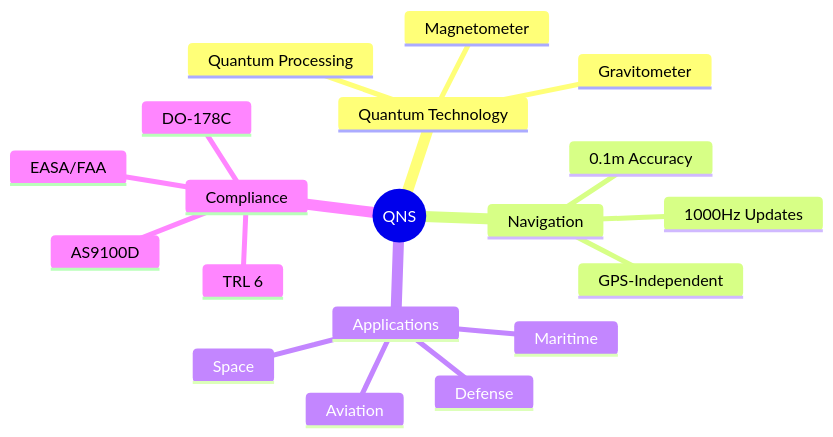
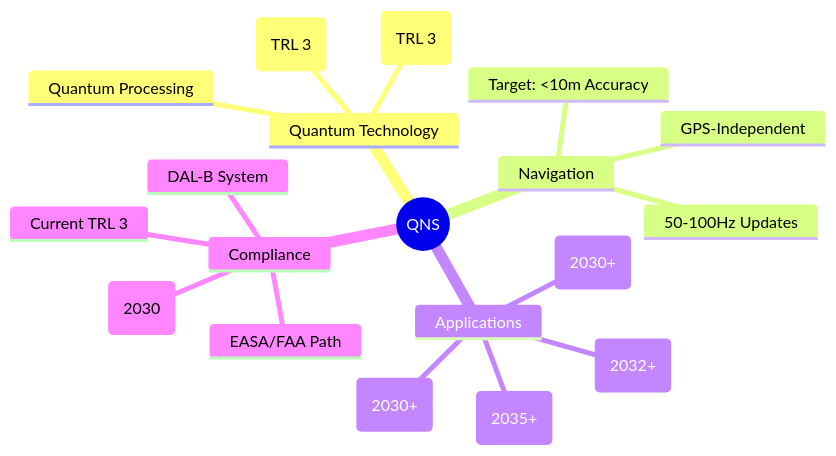
One commit to Robbbo-T/A-Q-U-A_V changed the first of 33 diagrams in PRODUCT_LINES/QUANTUM/QUANTUM_SOFTWARE/DESIGN/QNS_NAVIGATION/DES_SOFTWARE_DEV/QUA-QNS01-25SVD0001-DES-BOB-ORG-TD-ATA-000-00-01-TPL-DOC-001-QCOM-v1.1.0 .md. Above: the diagram before and after it, drawn with Mermaid. The commit also changed other lines of this file, not shown here.

````diff
--- a/PRODUCT_LINES/QUANTUM/QUANTUM_SOFTWARE/DESIGN/QNS_NAVIGATION/DES_SOFTWARE_DEV/QUA-QNS01-25SVD0001-DES-BOB-ORG-TD-ATA-000-00-01-TPL-DOC-001-QCOM-v1.1.0 .md
+++ b/PRODUCT_LINES/QUANTUM/QUANTUM_SOFTWARE/DESIGN/QNS_NAVIGATION/DES_SOFTWARE_DEV/QUA-QNS01-25SVD0001-DES-BOB-ORG-TD-ATA-000-00-01-TPL-DOC-001-QCOM-v1.1.0 .md
@@ -23,22 +23,22 @@
 ```mermaid
 mindmap
   root((QNS))
     Quantum Technology
-      Gravitometer
-      Magnetometer
+      Gravitometer (TRL 3)
+      Magnetometer (TRL 3)
       Quantum Processing
     Navigation
       GPS-Independent
-      1000Hz Updates
-      0.1m Accuracy
+      50-100Hz Updates
+      Target: <10m Accuracy
     Applications
-      Aviation
-      Maritime
-      Space
-      Defense
+      Aviation (2030+)
+      Maritime (2032+)
+      Space (2035+)
+      Defense (2030+)
     Compliance
-      TRL 6
-      AS9100D
-      DO-178C
-      EASA/FAA
+      Current TRL 3
+      Target TRL 6 (2030)
+      DAL-B System
+      EASA/FAA Path
 ```
````
